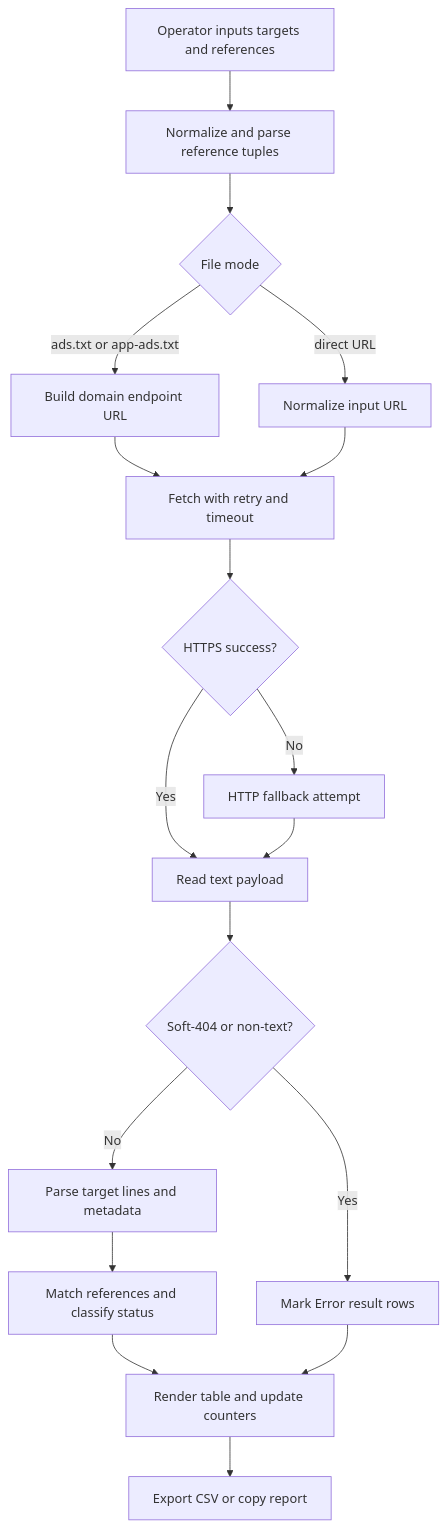
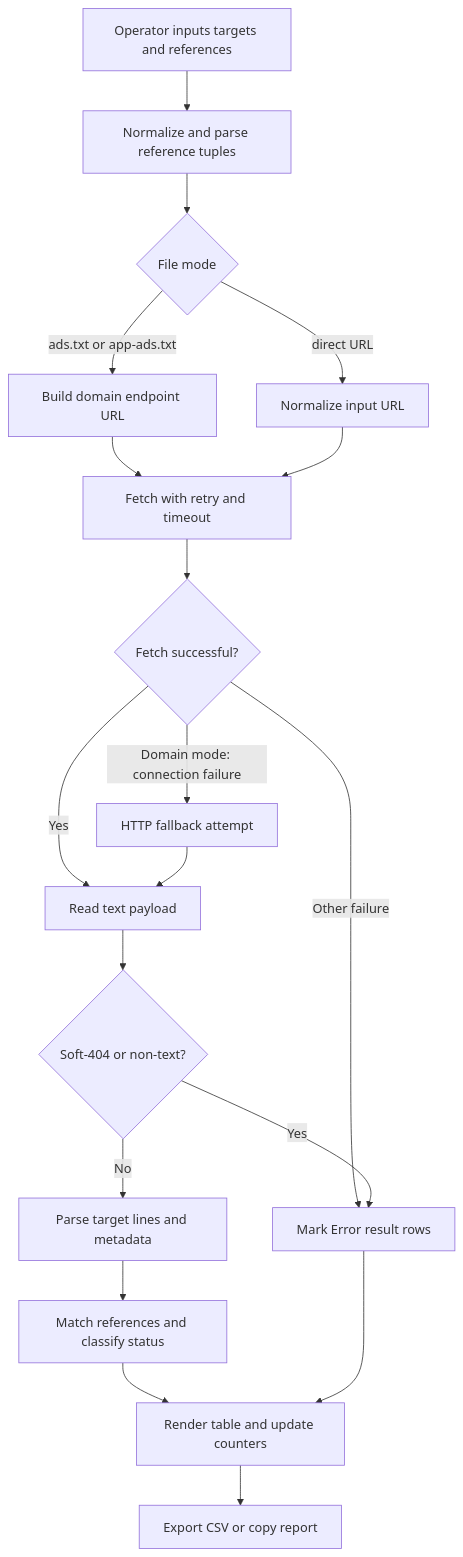
The diagram in README.md (Chrome-Extensions-labs/Inventory-Auth-Auditor), drawn with Mermaid before and after one commit. The commit also changed other lines of this file and 5 other files, not shown here.

````diff
--- a/README.md
+++ b/README.md
@@ -109,20 +109,21 @@
 ```mermaid
 flowchart TD
     A[Operator inputs targets and references] --> B[Normalize and parse reference tuples]
     B --> C{File mode}
     C -->|ads.txt or app-ads.txt| D[Build domain endpoint URL]
     C -->|direct URL| E[Normalize input URL]
     D --> F[Fetch with retry and timeout]
     E --> F
-    F --> G{HTTPS success?}
-    G -->|No| H[HTTP fallback attempt]
+    F --> G{Fetch successful?}
+    G -->|Domain mode: connection failure| H[HTTP fallback attempt]
     G -->|Yes| I[Read text payload]
+    G -->|Other failure| K
     H --> I
     I --> J{Soft-404 or non-text?}
     J -->|Yes| K[Mark Error result rows]
     J -->|No| L[Parse target lines and metadata]
     L --> M[Match references and classify status]
     M --> N[Render table and update counters]
     N --> O[Export CSV or copy report]
     K --> N
 ```
````
